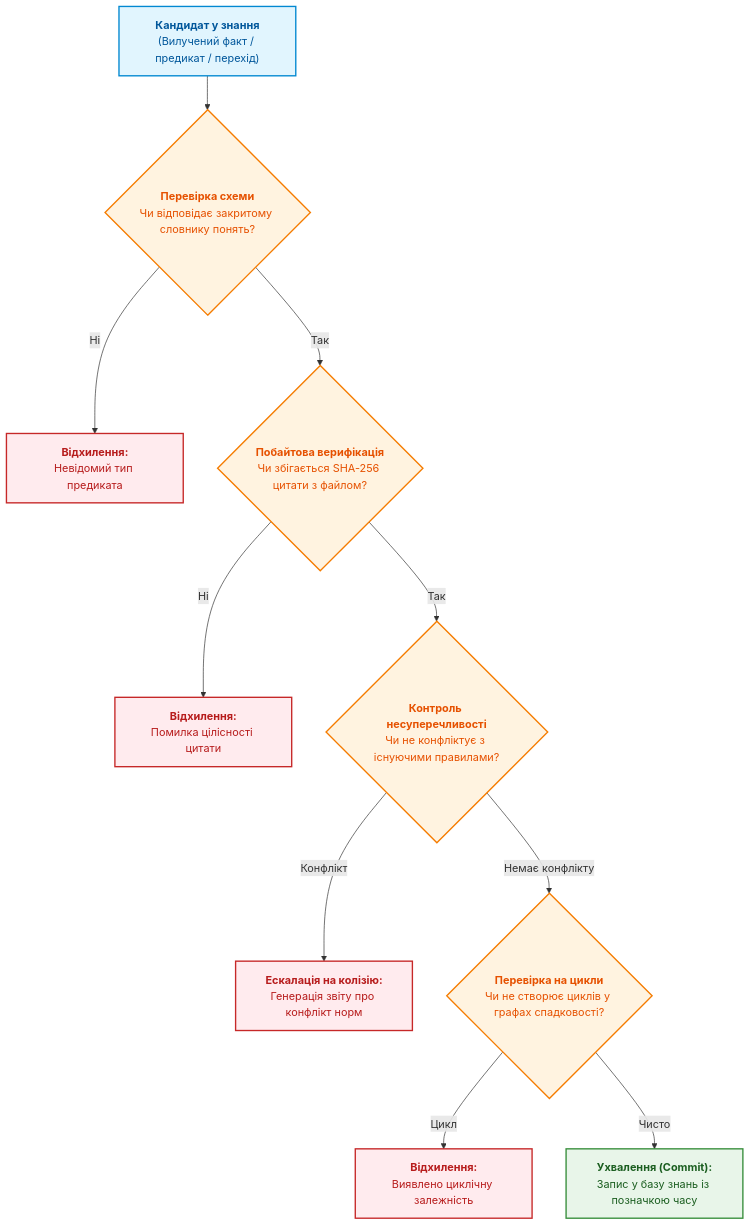
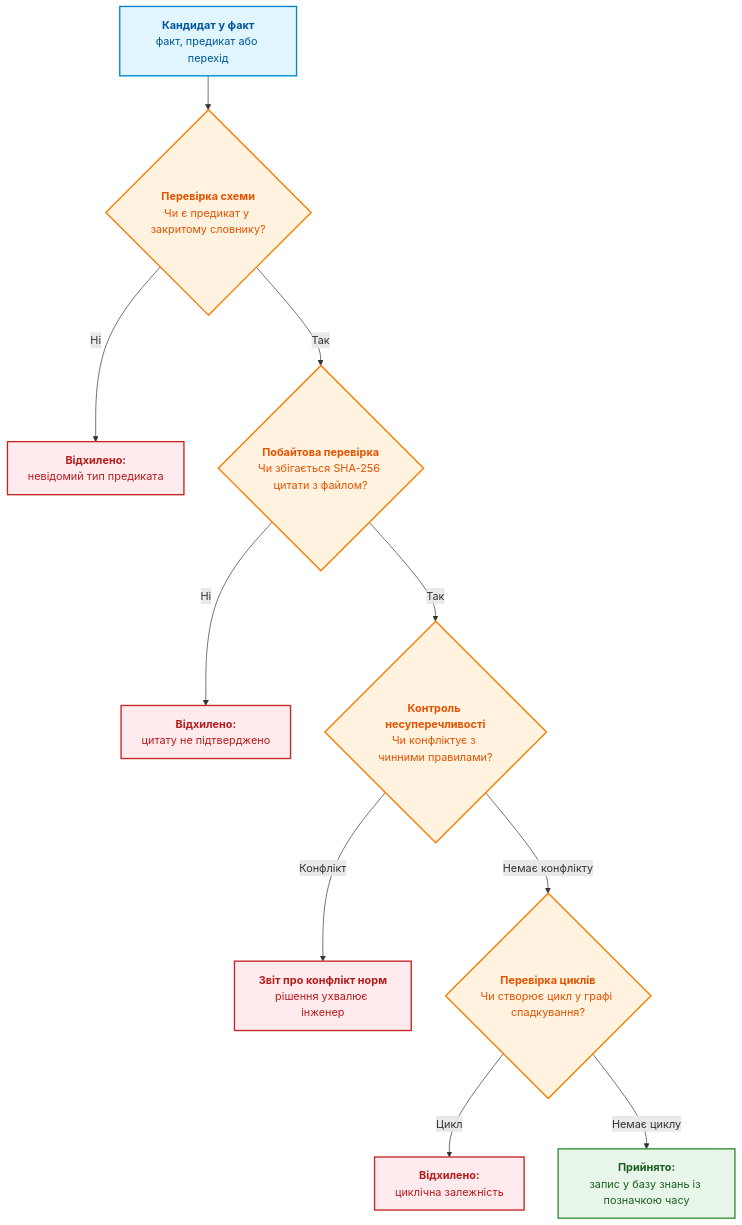
The sixth of 7 diagrams in ExpertSystem/ch15-knowledge-extraction-and-kb-construction.md (nick-fedchik/articles), drawn with Mermaid before and after one commit. The commit also changed other lines of this file, not shown here.

````diff
--- a/ExpertSystem/ch15-knowledge-extraction-and-kb-construction.md
+++ b/ExpertSystem/ch15-knowledge-extraction-and-kb-construction.md
@@ -423,25 +497,25 @@
 ```mermaid
 flowchart TD
-    accTitle: Алгоритм роботи Шлюзу допуску знань
-    accDescr: Покроковий фільтр верифікації фактів перед записом у базу знань.
+    accTitle: Перевірки шлюзу допуску
+    accDescr: Кандидат у факт проходить перевірку схеми, побайтову перевірку цитати, контроль несуперечливості та перевірку циклів перед записом у базу знань.
 
-    Candidate["<b>Кандидат у знання</b><br/>(Вилучений факт / предикат / перехід)"] --> V1{"<b>Перевірка схеми</b><br/>Чи відповідає закритому словнику понять?"}
-    V1 -- Ні --> Reject1["<b>Відхилення:</b><br/>Невідомий тип предиката"]
-    V1 -- Так --> V2{"<b>Побайтова верифікація</b><br/>Чи збігається SHA-256 цитати з файлом?"}
-    V2 -- Ні --> Reject2["<b>Відхилення:</b><br/>Помилка цілісності цитати"]
-    V2 -- Так --> V3{"<b>Контроль несуперечливості</b><br/>Чи не конфліктує з існуючими правилами?"}
-    V3 -- Конфлікт --> Conflict["<b>Ескалація на колізію:</b><br/>Генерація звіту про конфлікт норм"]
-    V3 -- Немає конфлікту --> V4{"<b>Перевірка на цикли</b><br/>Чи не створює циклів у графах спадковості?"}
-    V4 -- Цикл --> Reject3["<b>Відхилення:</b><br/>Виявлено циклічну залежність"]
-    V4 -- Чисто --> Accept["<b>Ухвалення (Commit):</b><br/>Запис у базу знань із позначкою часу"]
+    Candidate["<b>Кандидат у факт</b><br/>факт, предикат або перехід"] --> V1{"<b>Перевірка схеми</b><br/>Чи є предикат у закритому словнику?"}
+    V1 -- Ні --> Reject1["<b>Відхилено:</b><br/>невідомий тип предиката"]
+    V1 -- Так --> V2{"<b>Побайтова перевірка</b><br/>Чи збігається SHA-256 цитати з файлом?"}
+    V2 -- Ні --> Reject2["<b>Відхилено:</b><br/>цитату не підтверджено"]
+    V2 -- Так --> V3{"<b>Контроль несуперечливості</b><br/>Чи конфліктує з чинними правилами?"}
+    V3 -- Конфлікт --> Conflict["<b>Звіт про конфлікт норм</b><br/>рішення ухвалює інженер"]
+    V3 -- Немає конфлікту --> V4{"<b>Перевірка циклів</b><br/>Чи створює цикл у графі спадкування?"}
+    V4 -- Цикл --> Reject3["<b>Відхилено:</b><br/>циклічна залежність"]
+    V4 -- Немає циклу --> Accept["<b>Прийнято:</b><br/>запис у базу знань із позначкою часу"]
 
     classDef cand fill:#e1f5fe,stroke:#0288d1,stroke-width:2px,color:#01579b;
     classDef check fill:#fff3e0,stroke:#f57c00,stroke-width:2px,color:#e65100;
     classDef bad fill:#ffebee,stroke:#c62828,stroke-width:2px,color:#b71c1c;
     classDef good fill:#e8f5e9,stroke:#388e3c,stroke-width:2px,color:#1b5e20;
 
     class Candidate cand;
     class V1,V2,V3,V4 check;
     class Reject1,Reject2,Reject3,Conflict bad;
     class Accept good;
 ```
````
